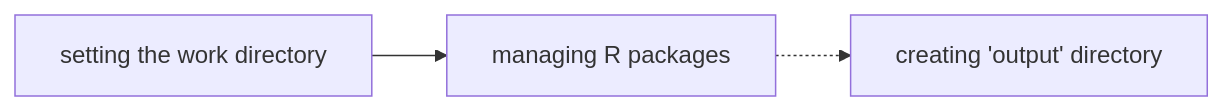
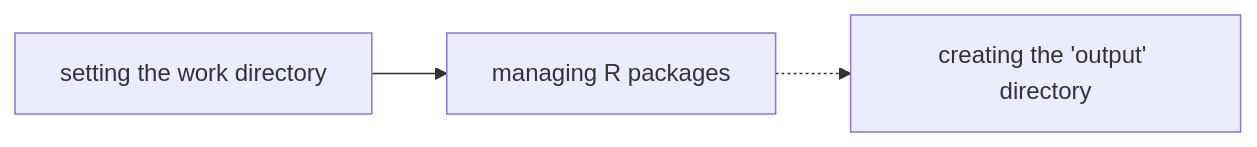
Before and after one commit to simondavi/datafest_kodaqsteams: the second of 2 diagrams in kodaqs_team_quarto.qmd, drawn with Mermaid. The commit also changed other lines of this file, not shown here.

````diff
--- a/kodaqs_team_quarto.qmd
+++ b/kodaqs_team_quarto.qmd
@@ -60,5 +64,5 @@
 ```{mermaid}
 flowchart LR
   A[setting the work directory] --> B[managing R packages]
-  B -.-> C[creating 'output' directory]
+  B -.-> C[creating the 'output' directory]
 ```
````
